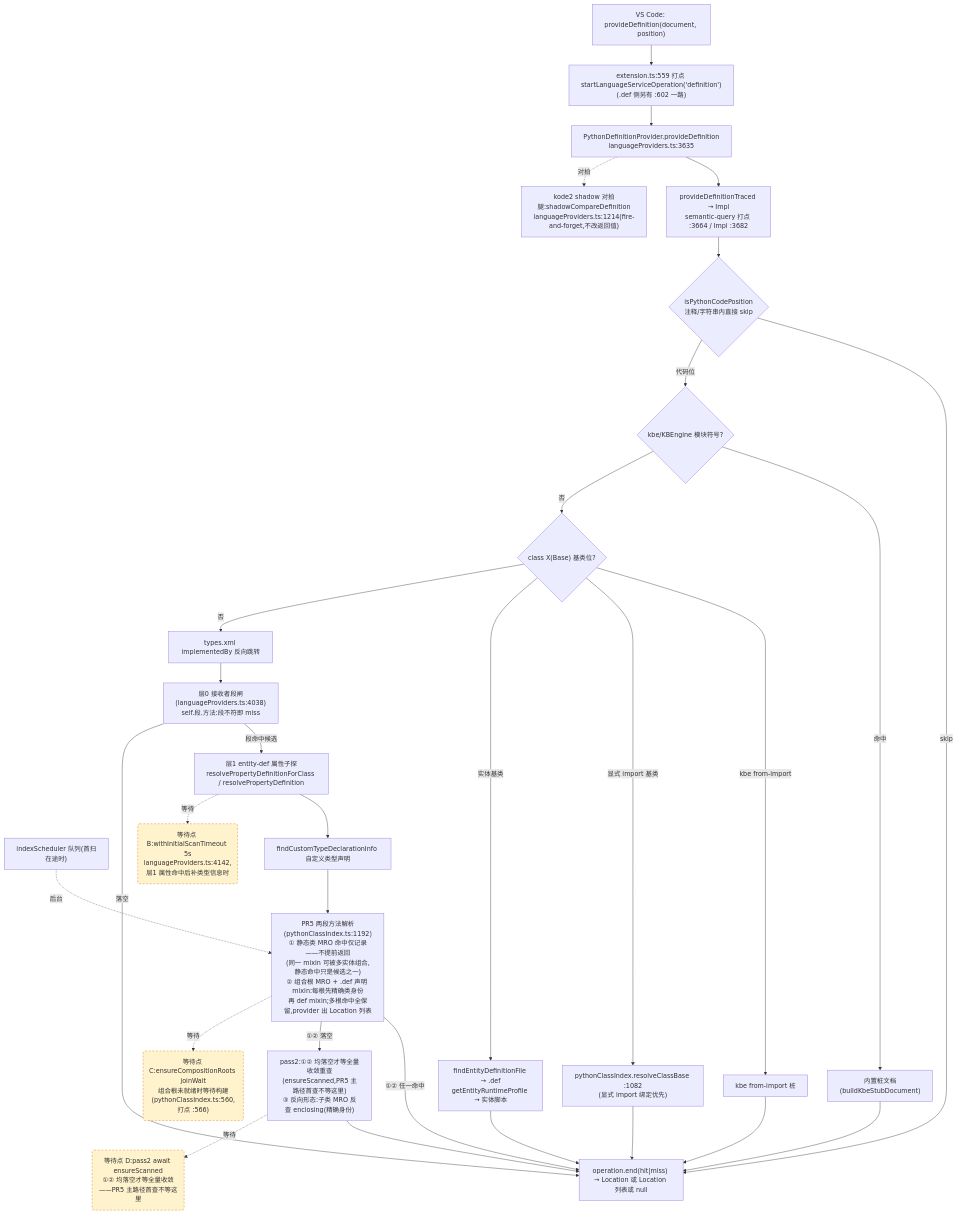
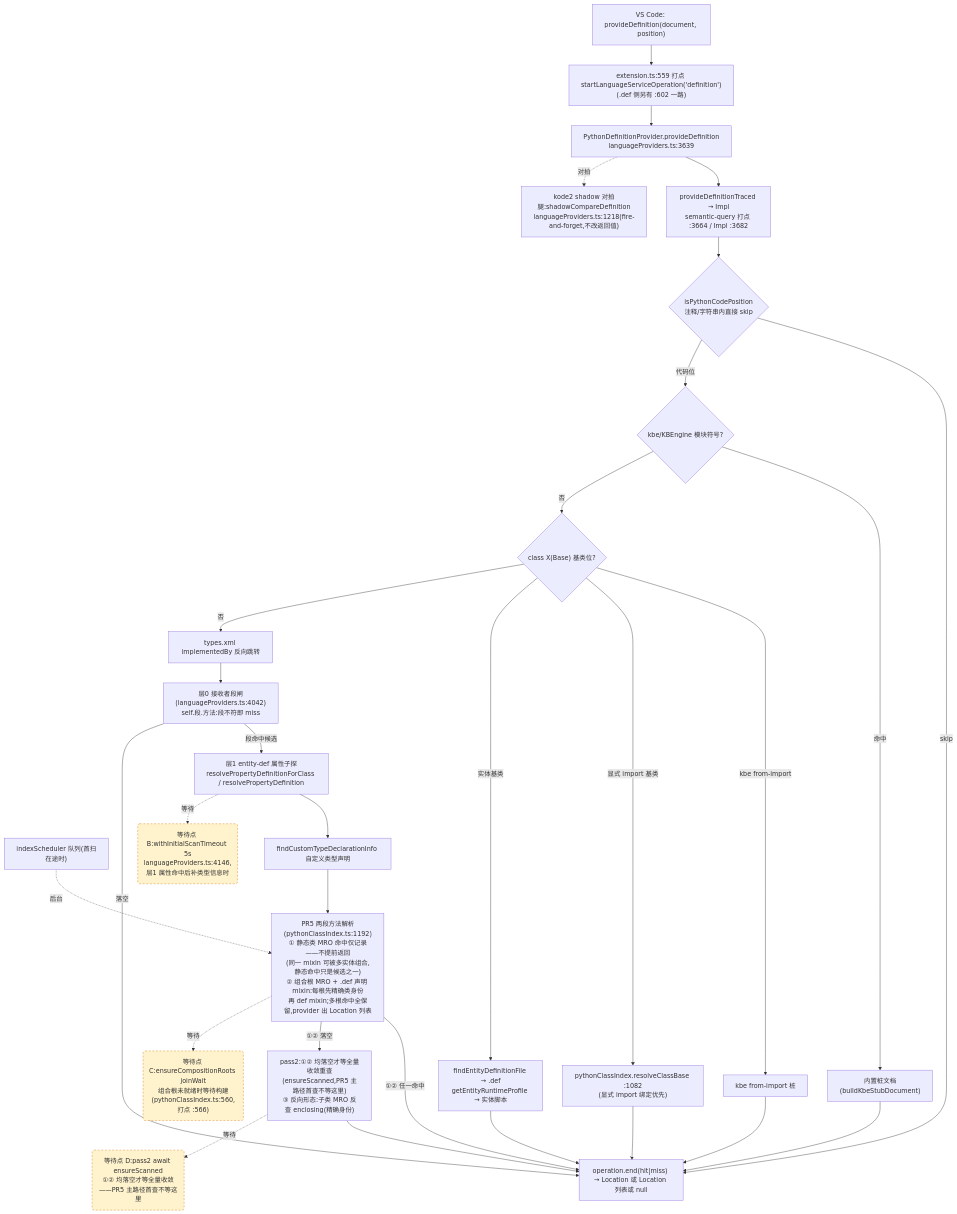
The second of 4 diagrams in docs/perf/2026-baseline.md (cuihairu/kode), drawn with Mermaid before and after one commit. The commit also changed other lines of this file and 8 other files, not shown here.

````diff
--- a/docs/perf/2026-baseline.md
+++ b/docs/perf/2026-baseline.md
@@ -130,51 +130,51 @@
 ```mermaid
 flowchart TD
   VC2["VS Code: provideDefinition(document, position)"]
   M2["extension.ts:559 打点 startLanguageServiceOperation('definition')<br/>(.def 侧另有 :602 一路)"]
-  AD2["PythonDefinitionProvider.provideDefinition<br/>languageProviders.ts:3635"]
+  AD2["PythonDefinitionProvider.provideDefinition<br/>languageProviders.ts:3639"]
   TR["provideDefinitionTraced → Impl<br/>semantic-query 打点 :3664 / Impl :3682"]
   CTX{"isPythonCodePosition<br/>注释/字符串内直接 skip"}
   KBE{"kbe/KBEngine 模块符号?"}
   STUB["内置桩文档(buildKbeStubDocument)"]
   CB{"class X(Base) 基类位?"}
   CB1["kbe from-import 桩"]
   CB2["pythonClassIndex.resolveClassBase :1082<br/>(显式 import 绑定优先)"]
   CB3["findEntityDefinitionFile → .def<br/>getEntityRuntimeProfile → 实体脚本"]
   REV["types.xml implementedBy 反向跳转"]
-  L0["层0 接收者段闸(languageProviders.ts:4038)<br/>self.段.方法:段不符即 miss"]
+  L0["层0 接收者段闸(languageProviders.ts:4042)<br/>self.段.方法:段不符即 miss"]
   L1["层1 entity-def 属性子探<br/>resolvePropertyDefinitionForClass / resolvePropertyDefinition"]
   SCAN["indexScheduler 队列(首扫在途时)"]
   TY["findCustomTypeDeclarationInfo 自定义类型声明"]
   MRO["PR5 两段方法解析(pythonClassIndex.ts:1192)<br/>① 静态类 MRO 命中仅记录——不提前返回<br/>(同一 mixin 可被多实体组合,静态命中只是候选之一)<br/>② 组合根 MRO + .def 声明 mixin:每根先精确类身份<br/>再 def mixin;多根命中全保留,provider 出 Location 列表"]
   PASS2["pass2:①② 均落空才等全量收敛重查<br/>(ensureScanned,PR5 主路径首查不等这里)<br/>③ 反向形态:子类 MRO 反查 enclosing(精确身份)"]
-  SHD["kode2 shadow 对拍腿:shadowCompareDefinition<br/>languageProviders.ts:1214(fire-and-forget,不改返回值)"]
+  SHD["kode2 shadow 对拍腿:shadowCompareDefinition<br/>languageProviders.ts:1218(fire-and-forget,不改返回值)"]
   END2["operation.end(hit|miss) → Location 或 Location 列表或 null"]
 
   VC2 --> M2 --> AD2 --> TR --> CTX
   CTX -- "skip" --> END2
   CTX -- "代码位" --> KBE
   KBE -- "命中" --> STUB --> END2
   KBE -- "否" --> CB
   CB -- "kbe from-import" --> CB1 --> END2
   CB -- "显式 import 基类" --> CB2 --> END2
   CB -- "实体基类" --> CB3 --> END2
   CB -- "否" --> REV --> L0
   L0 -- "段命中候选" --> L1
   L0 -- "落空" --> END2
   L1 --> TY
   TY --> MRO
   MRO -- "①② 任一命中" --> END2
   MRO -- "①② 落空" --> PASS2 --> END2
   AD2 -.->|对拍| SHD
 
-  WAITB("等待点 B:withInitialScanTimeout 5s<br/>languageProviders.ts:4142,层1 属性命中后补类型信息时")
+  WAITB("等待点 B:withInitialScanTimeout 5s<br/>languageProviders.ts:4146,层1 属性命中后补类型信息时")
   WAITC("等待点 C:ensureCompositionRoots joinWait<br/>组合根未就绪时等待构建(pythonClassIndex.ts:560,打点 :566)")
   WAITD("等待点 D:pass2 await ensureScanned<br/>①② 均落空才等全量收敛——PR5 主路径首查不等这里")
   L1 -.->|等待| WAITB
   MRO -.->|等待| WAITC
   PASS2 -.->|等待| WAITD
   SCAN -.->|后台| MRO
 
   classDef waitPoint fill:#fff3cd,stroke:#d97706,stroke-dasharray:5 4;
   class WAITB,WAITC,WAITD waitPoint;
 ```
````
